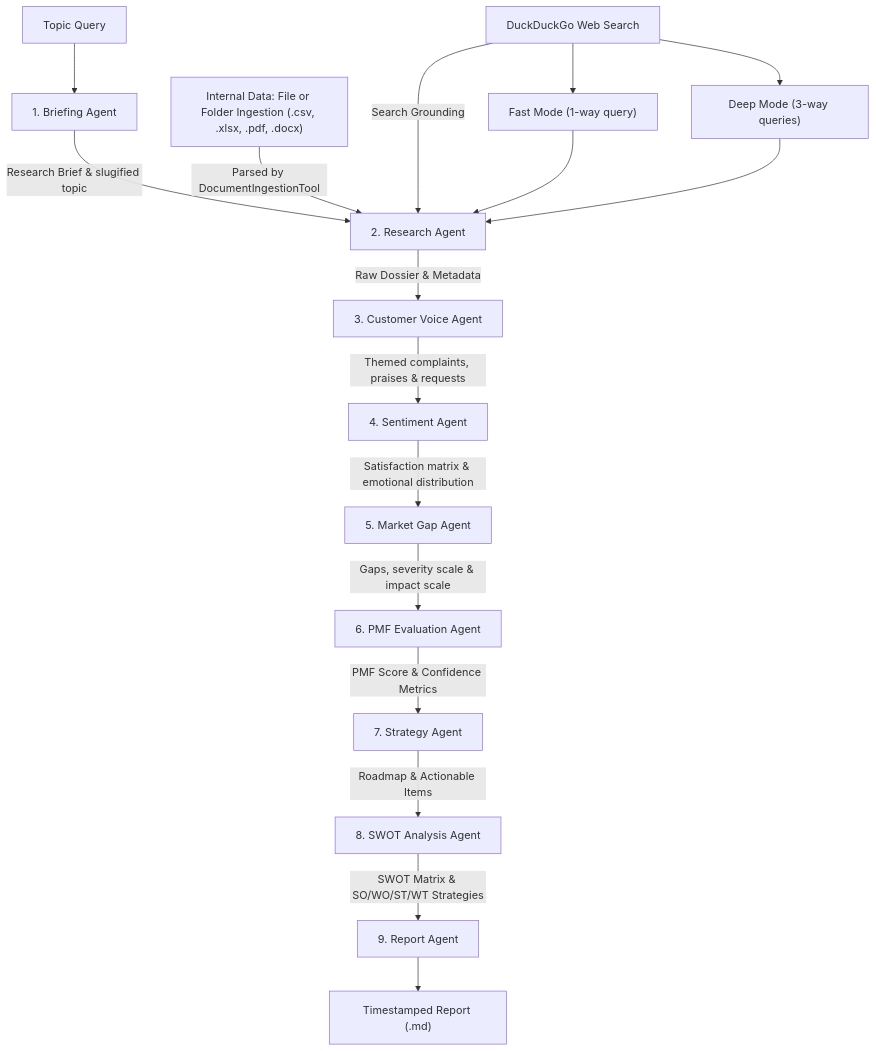
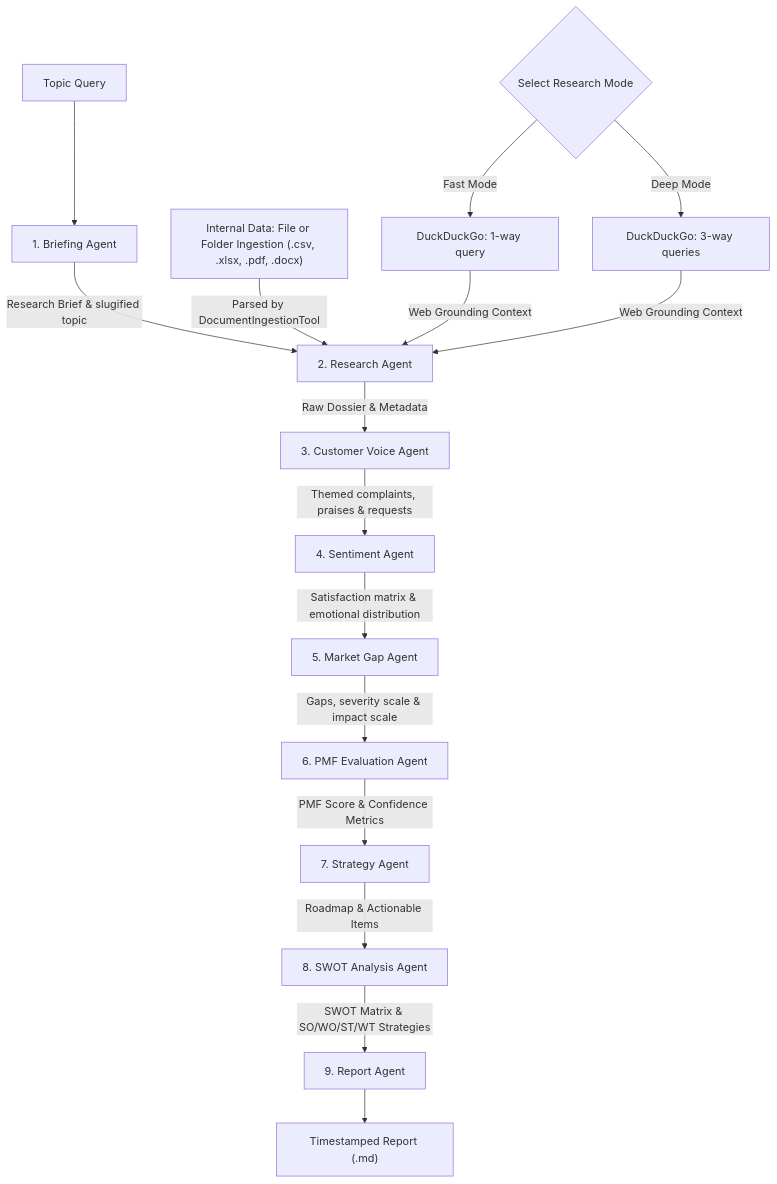
The diagram in README.md (addysiddiqui7/PMFNavigator-AI), drawn with Mermaid before and after one commit. The commit also changed other lines of this file, not shown here.

Commit message:
Update project title and search modes in README

````diff
--- a/README.md
+++ b/README.md
@@ -43,31 +43,31 @@
 ```mermaid
 graph TD
     Input[Topic Query] --> Stage1[1. Briefing Agent]
     Stage1 -->|Research Brief & slugified topic| Stage2[2. Research Agent]
     
     %% Input Sources Branch
     Data["Internal Data: File or Folder Ingestion (.csv, .xlsx, .pdf, .docx)"] -->|Parsed by DocumentIngestionTool| Stage2
-    Search["DuckDuckGo Web Search"] -->|Search Grounding| Stage2
     
-    %% Search Modes Branch
-    Search --> Fast["Fast Mode (1-way query)"]
-    Search --> Deep["Deep Mode (3-way queries)"]
-    Fast --> Stage2
-    Deep --> Stage2
+    %% Search Modes Branch (determined by mode CLI argument)
+    ModeSelect{Select Research Mode} -->|Fast Mode| Fast["DuckDuckGo: 1-way query"]
+    ModeSelect -->|Deep Mode| Deep["DuckDuckGo: 3-way queries"]
+    
+    Fast -->|Web Grounding Context| Stage2
+    Deep -->|Web Grounding Context| Stage2
     
     %% Research & Extraction
     Stage2 -->|Raw Dossier & Metadata| Stage3[3. Customer Voice Agent]
     Stage3 -->|Themed complaints, praises & requests| Stage4[4. Sentiment Agent]
     
     %% Analysis & Opportunity
     Stage4 -->|Satisfaction matrix & emotional distribution| Stage5[5. Market Gap Agent]
     Stage5 -->|Gaps, severity scale & impact scale| Stage6[6. PMF Evaluation Agent]
     
     %% Strategy & SWOT
     Stage6 -->|PMF Score & Confidence Metrics| Stage7[7. Strategy Agent]
     Stage7 -->|Roadmap & Actionable Items| Stage8[8. SWOT Analysis Agent]
     
     %% Report Output
     Stage8 -->|SWOT Matrix & SO/WO/ST/WT Strategies| Stage9[9. Report Agent]
     Stage9 --> OutputFile["Timestamped Report (.md)"]
 ```
````
